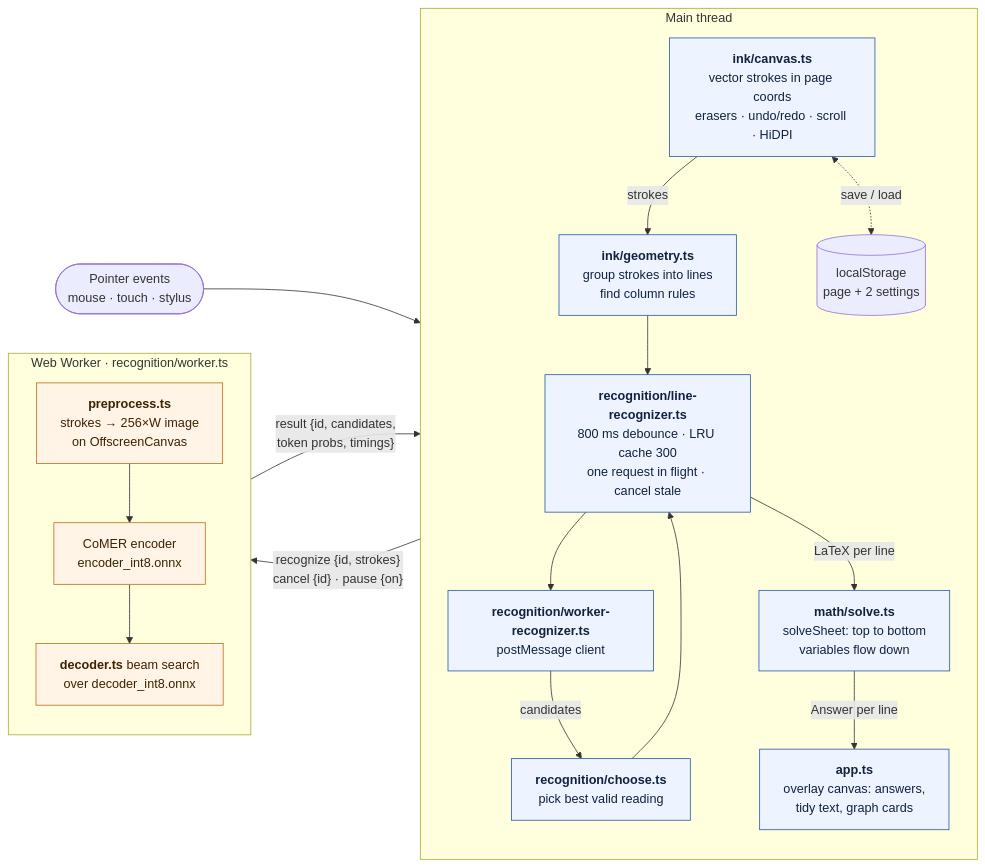
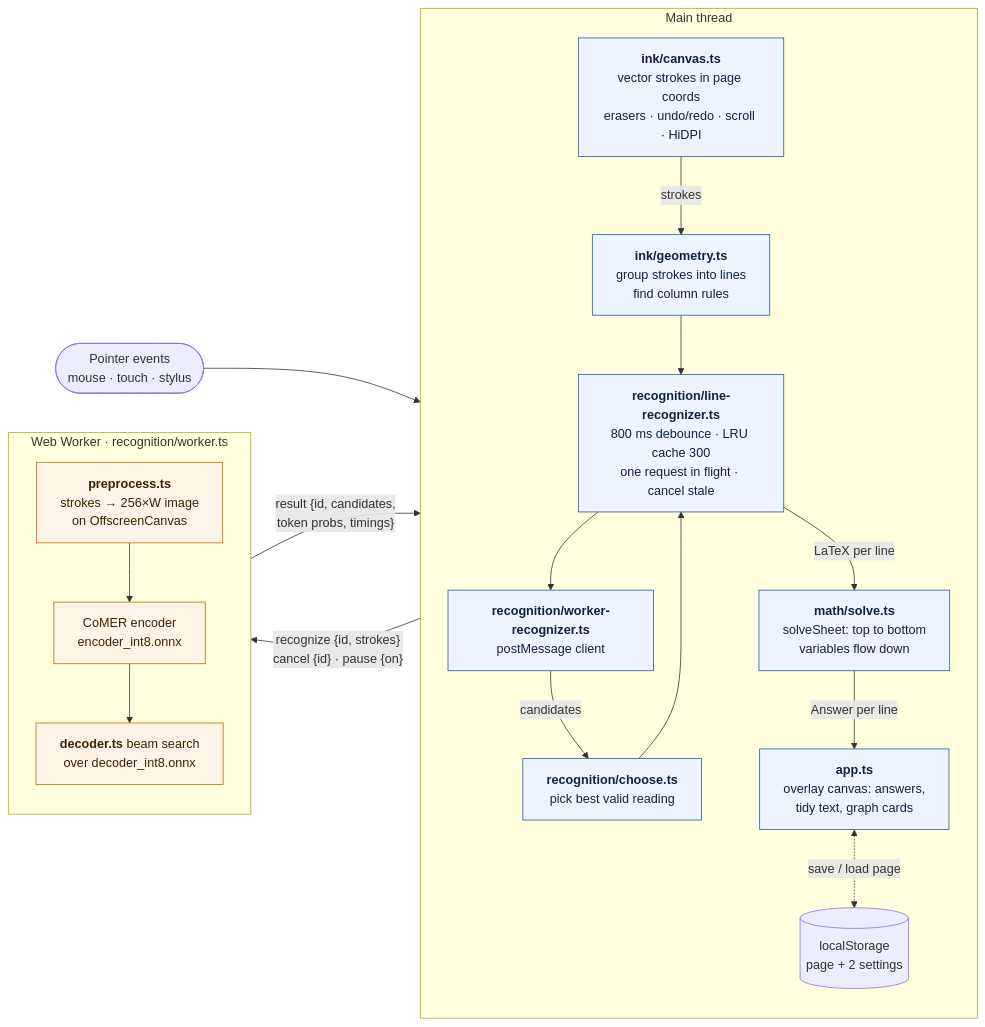
The first of 5 diagrams in README.md (DivyamCS/calcink), drawn with Mermaid before and after one commit. The commit also changed other lines of this file, not shown here.

````diff
--- a/README.md
+++ b/README.md
@@ -128,37 +128,37 @@
 ```mermaid
 flowchart LR
     PEN(["Pointer events<br/>mouse · touch · stylus"]) --> INK
 
     subgraph MAIN["Main thread"]
         direction TB
         INK["<b>ink/canvas.ts</b><br/>vector strokes in page coords<br/>erasers · undo/redo · scroll · HiDPI"]
         GEO["<b>ink/geometry.ts</b><br/>group strokes into lines<br/>find column rules"]
         LR["<b>recognition/line-recognizer.ts</b><br/>800 ms debounce · LRU cache 300<br/>one request in flight · cancel stale"]
         WR["<b>recognition/worker-recognizer.ts</b><br/>postMessage client"]
         CH["<b>recognition/choose.ts</b><br/>pick best valid reading"]
         SOLVE["<b>math/solve.ts</b><br/>solveSheet: top to bottom<br/>variables flow down"]
         APP["<b>app.ts</b><br/>overlay canvas: answers,<br/>tidy text, graph cards"]
         STORE[("localStorage<br/>page + 2 settings")]
 
         INK -- "strokes" --> GEO --> LR --> WR
         WR -- "candidates" --> CH --> LR
         LR -- "LaTeX per line" --> SOLVE -- "Answer per line" --> APP
-        INK <-. "save / load" .-> STORE
+        APP <-. "save / load page" .-> STORE
     end
 
     subgraph WORKER["Web Worker · recognition/worker.ts"]
         direction TB
         PRE["<b>preprocess.ts</b><br/>strokes → 256×W image<br/>on OffscreenCanvas"]
         ENC["CoMER encoder<br/>encoder_int8.onnx"]
         DEC["<b>decoder.ts</b> beam search<br/>over decoder_int8.onnx"]
         PRE --> ENC --> DEC
     end
 
     WR -- "recognize {id, strokes}<br/>cancel {id} · pause {on}" --> PRE
     DEC -- "result {id, candidates,<br/>token probs, timings}" --> WR
 
     classDef main fill:#eef4ff,stroke:#2456a6,color:#10223f;
     classDef worker fill:#fff4e5,stroke:#c26a12,color:#3d2204;
     class INK,GEO,LR,WR,CH,SOLVE,APP main;
     class PRE,ENC,DEC worker;
 ```
````
